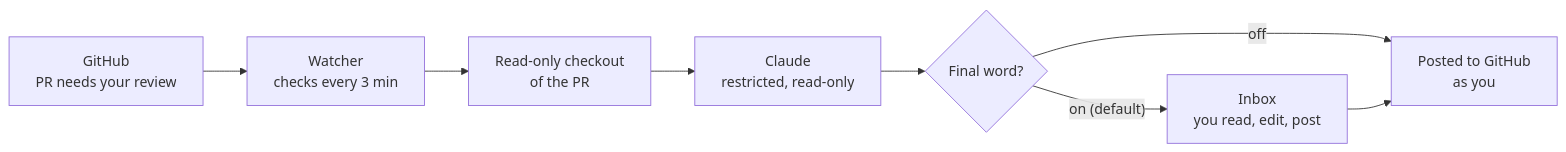
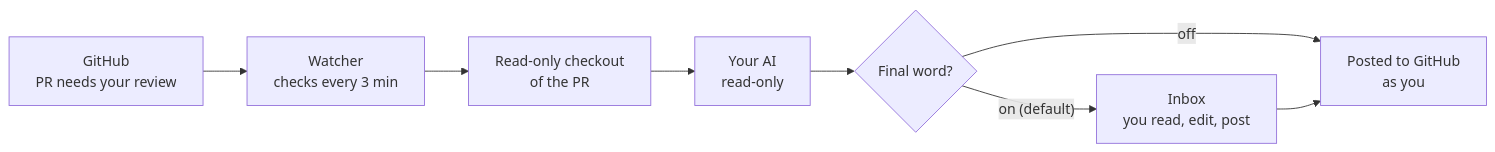
The diagram in README.md (sayeemabdullah/herdr-PR-reviewer), drawn with Mermaid before and after one commit. The commit also changed other lines of this file and 14 other files, not shown here.

````diff
--- a/README.md
+++ b/README.md
@@ -114,10 +129,10 @@
 ```mermaid
 flowchart LR
     gh["GitHub<br/>PR needs your review"] --> w["Watcher<br/>checks every 3 min"]
     w --> co["Read-only checkout<br/>of the PR"]
-    co --> ai["Claude<br/>restricted, read-only"]
+    co --> ai["Your AI<br/>read-only"]
     ai --> fw{"Final word?"}
     fw -- "on (default)" --> inbox["Inbox<br/>you read, edit, post"]
     fw -- "off" --> post["Posted to GitHub<br/>as you"]
     inbox --> post
 ```
````
